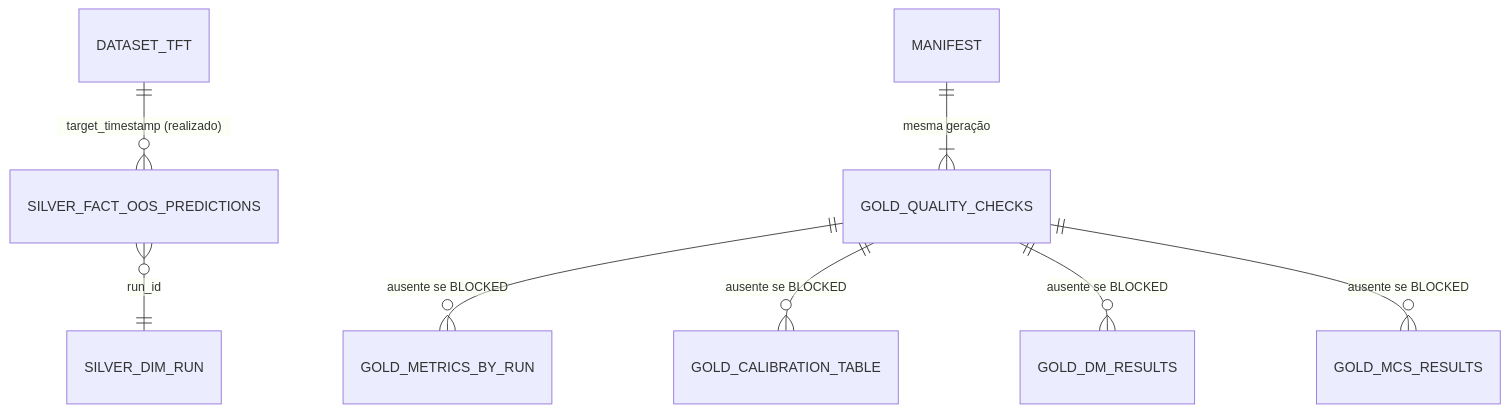
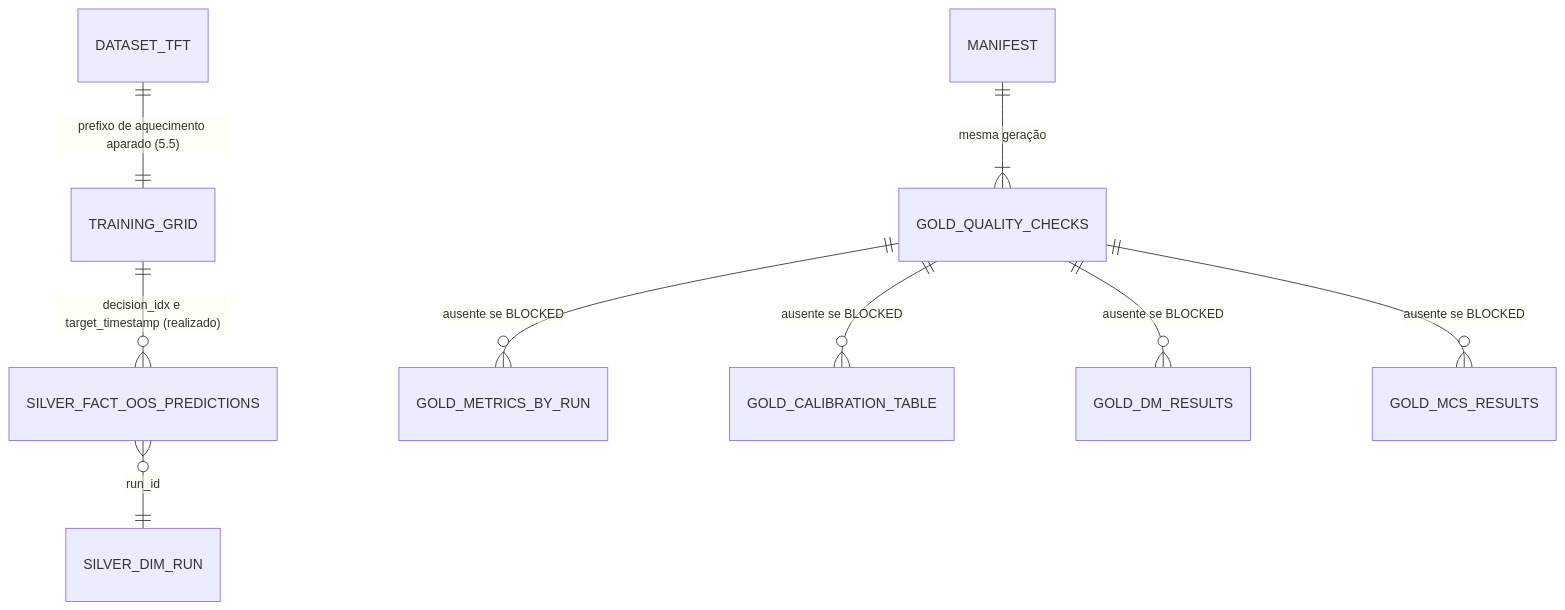
Before and after one commit to MarceloSanC/financial-forecasting: the diagram in docs/stages/6.4-gold-builders-and-quality-gates/concept.md, drawn with Mermaid. The commit also changed other lines of this file and 2 other files, not shown here.

````diff
--- a/docs/stages/6.4-gold-builders-and-quality-gates/concept.md
+++ b/docs/stages/6.4-gold-builders-and-quality-gates/concept.md
@@ -729,10 +876,11 @@
 ```mermaid
 erDiagram
   SILVER_FACT_OOS_PREDICTIONS }o--|| SILVER_DIM_RUN : run_id
-  DATASET_TFT ||--o{ SILVER_FACT_OOS_PREDICTIONS : "target_timestamp (realizado)"
+  TRAINING_GRID ||--o{ SILVER_FACT_OOS_PREDICTIONS : "decision_idx e target_timestamp (realizado)"
+  DATASET_TFT ||--|| TRAINING_GRID : "prefixo de aquecimento aparado (5.5)"
   MANIFEST ||--|{ GOLD_QUALITY_CHECKS : "mesma geração"
   GOLD_QUALITY_CHECKS ||--o{ GOLD_METRICS_BY_RUN : "ausente se BLOCKED"
   GOLD_QUALITY_CHECKS ||--o{ GOLD_CALIBRATION_TABLE : "ausente se BLOCKED"
   GOLD_QUALITY_CHECKS ||--o{ GOLD_DM_RESULTS : "ausente se BLOCKED"
   GOLD_QUALITY_CHECKS ||--o{ GOLD_MCS_RESULTS : "ausente se BLOCKED"
 ```
````
